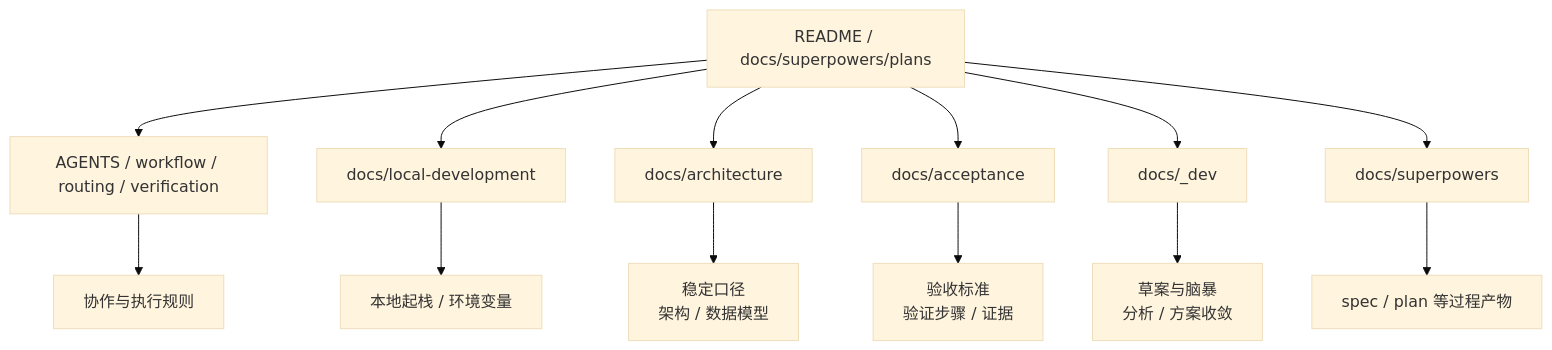
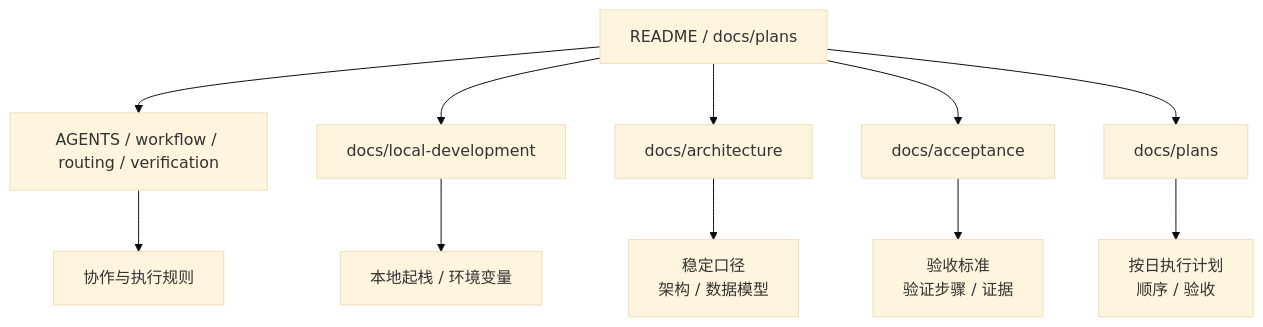
The diagram in docs/README.md (ticoAg/BaiCao), drawn with Mermaid (base theme) before and after one commit. The commit also changed other lines of this file and 88 other files, not shown here.

````diff
--- a/docs/README.md
+++ b/docs/README.md
@@ -61,17 +58,15 @@
 ```mermaid
 flowchart TB
-    Root[README / docs/superpowers/plans]
+    Root[README / docs/plans]
     Root --> Guide[AGENTS / workflow / routing / verification]
     Root --> Local[docs/local-development]
     Root --> Arch[docs/architecture]
     Root --> Acc[docs/acceptance]
-    Root --> Dev[docs/_dev]
-    Root --> Sup[docs/superpowers]
+    Root --> Plans[docs/plans]
 
     Guide --> Ops[协作与执行规则]
     Local --> DevEnv[本地起栈 / 环境变量]
     Arch --> Stable[稳定口径<br/>架构 / 数据模型]
     Acc --> Verify[验收标准<br/>验证步骤 / 证据]
-    Dev --> Draft[草案与脑暴<br/>分析 / 方案收敛]
-    Sup --> Process[spec / plan 等过程产物]
+    Plans --> Exec[按日执行计划<br/>顺序 / 验收]
 ```
````
